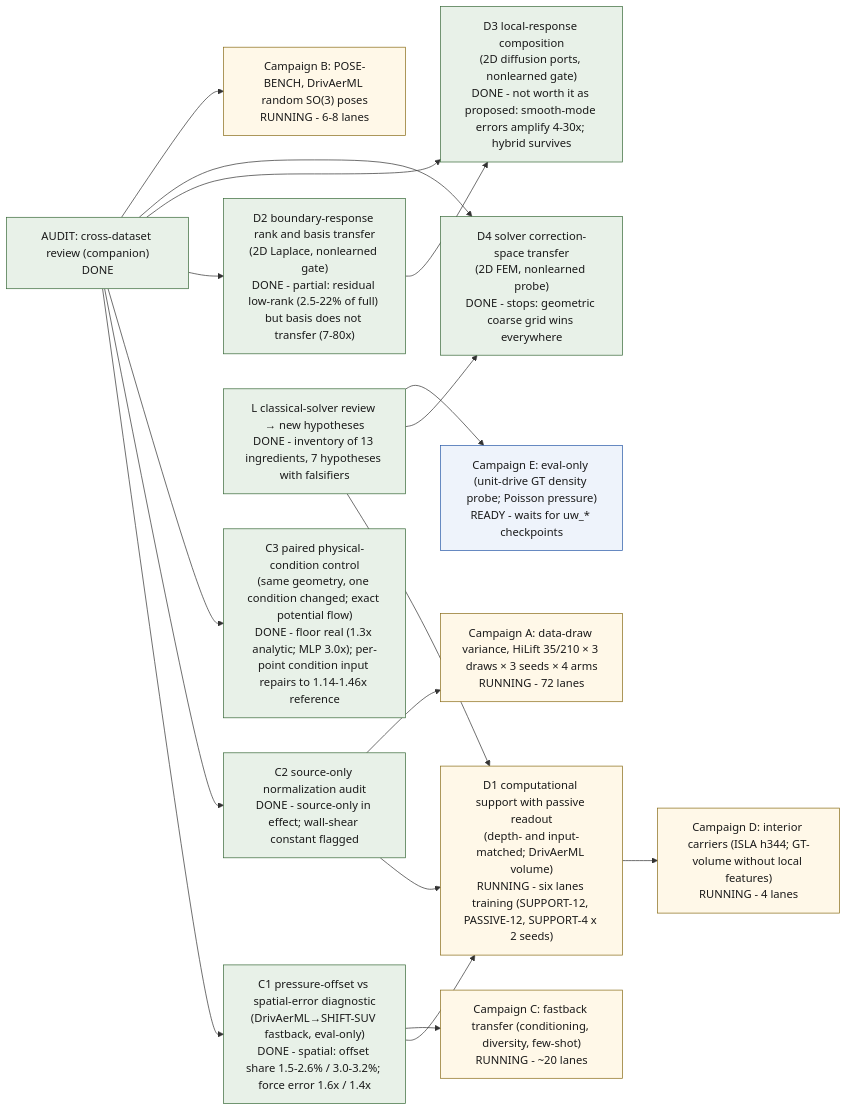
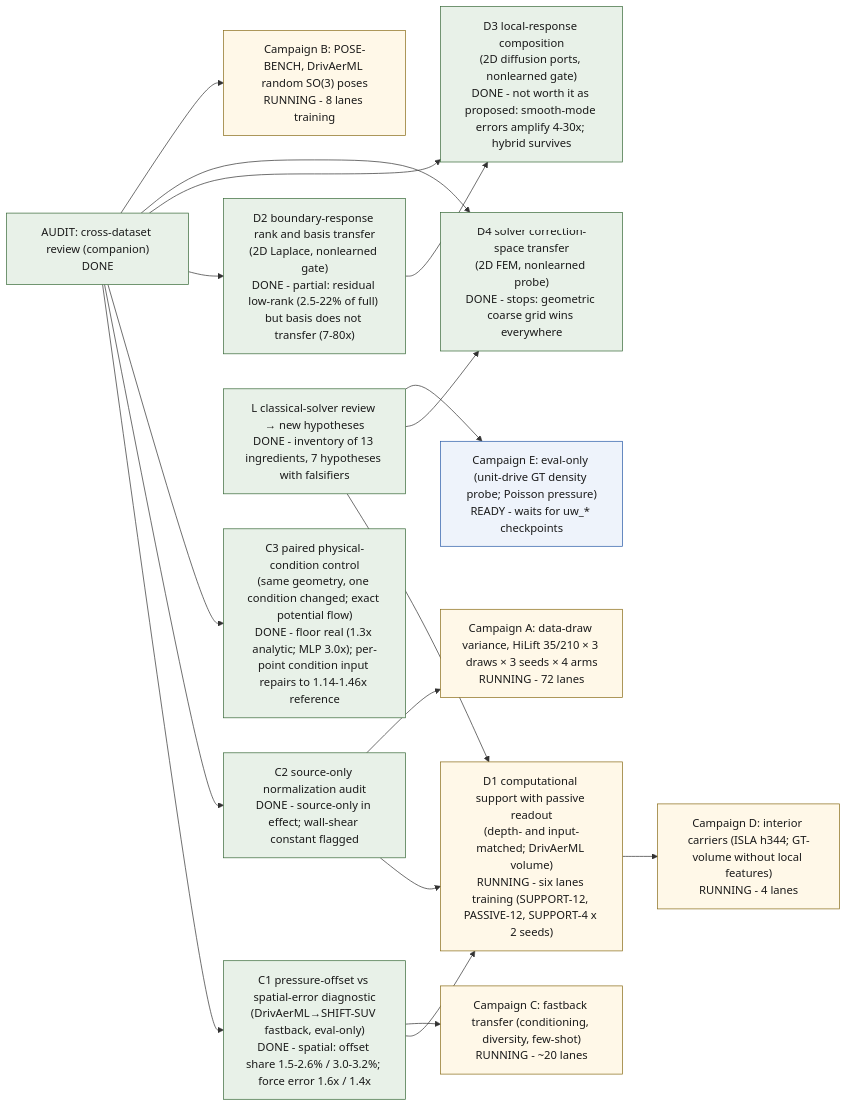
One commit to peterdsharpe/modulus changed the diagram in examples/cfd/mesh_transformer/research/transfer_program/index.qmd. Above: the diagram before and after it, drawn with Mermaid. The commit also changed 3 other files, not shown here.

````diff
--- a/examples/cfd/mesh_transformer/research/transfer_program/index.qmd
+++ b/examples/cfd/mesh_transformer/research/transfer_program/index.qmd
@@ -36,37 +36,37 @@
 ```{mermaid}
 flowchart LR
   classDef done fill:#e8f1e8,stroke:#3a6b3a,color:#1a1a1a
   classDef running fill:#fff8e8,stroke:#8a6d1a,color:#1a1a1a
   classDef ready fill:#eef3fb,stroke:#2a5ba8,color:#1a1a1a
   classDef planned fill:#f2f1ec,stroke:#898781,color:#1a1a1a,stroke-dasharray:4 3
   AUDIT["AUDIT: cross-dataset review (companion)<br/>DONE"]:::done
   POFF["C1 pressure-offset vs spatial-error diagnostic<br/>(DrivAerML→SHIFT-SUV fastback, eval-only)<br/>DONE - spatial: offset share 1.5-2.6% / 3.0-3.2%; force error 1.6x / 1.4x"]:::done
   SNORM["C2 source-only normalization audit<br/>DONE - source-only in effect; wall-shear constant flagged"]:::done
   PAIR["C3 paired physical-condition control<br/>(same geometry, one condition changed; exact potential flow)<br/>DONE - floor real (1.3x analytic; MLP 3.0x); per-point condition input repairs to 1.14-1.46x reference"]:::done
   SUPP["D1 computational support with passive readout<br/>(depth- and input-matched; DrivAerML volume)<br/>RUNNING - six lanes training (SUPPORT-12, PASSIVE-12, SUPPORT-4 x 2 seeds)"]:::running
   RESP["D2 boundary-response rank and basis transfer<br/>(2D Laplace, nonlearned gate)<br/>DONE - partial: residual low-rank (2.5-22% of full) but basis does not transfer (7-80x)"]:::done
   COMP["D3 local-response composition<br/>(2D diffusion ports, nonlearned gate)<br/>DONE - not worth it as proposed: smooth-mode errors amplify 4-30x; hybrid survives"]:::done
   SOLV["D4 solver correction-space transfer<br/>(2D FEM, nonlearned probe)<br/>DONE - stops: geometric coarse grid wins everywhere"]:::done
   CLASS["L classical-solver review → new hypotheses<br/>DONE - inventory of 13 ingredients, 7 hypotheses with falsifiers"]:::done
   CAMPA["Campaign A: data-draw variance, HiLift 35/210 × 3 draws × 3 seeds × 4 arms<br/>RUNNING - 72 lanes"]:::running
-  CAMPB["Campaign B: POSE-BENCH, DrivAerML random SO(3) poses<br/>RUNNING - 6-8 lanes"]:::running
+  CAMPB["Campaign B: POSE-BENCH, DrivAerML random SO(3) poses<br/>RUNNING - 8 lanes training"]:::running
   CAMPC["Campaign C: fastback transfer (conditioning, diversity, few-shot)<br/>RUNNING - ~20 lanes"]:::running
   CAMPD["Campaign D: interior carriers (ISLA h344; GT-volume without local features)<br/>RUNNING - 4 lanes"]:::running
   CAMPE["Campaign E: eval-only (unit-drive GT density probe; Poisson pressure)<br/>READY - waits for uw_* checkpoints"]:::ready
   AUDIT --> POFF
   AUDIT --> SNORM
   AUDIT --> PAIR
   POFF --> SUPP
   SNORM --> SUPP
   AUDIT --> RESP
   AUDIT --> COMP
   AUDIT --> SOLV
   RESP --> COMP
   CLASS --> SUPP
   CLASS --> SOLV
   POFF --> CAMPC
   SNORM --> CAMPA
   CLASS --> CAMPE
   SUPP --> CAMPD
   AUDIT --> CAMPB
 ```
````
